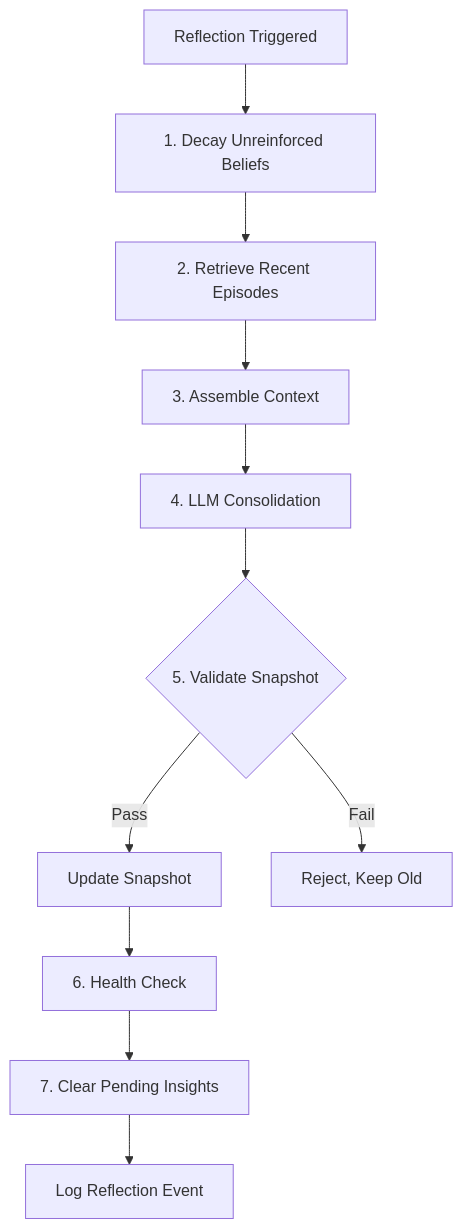
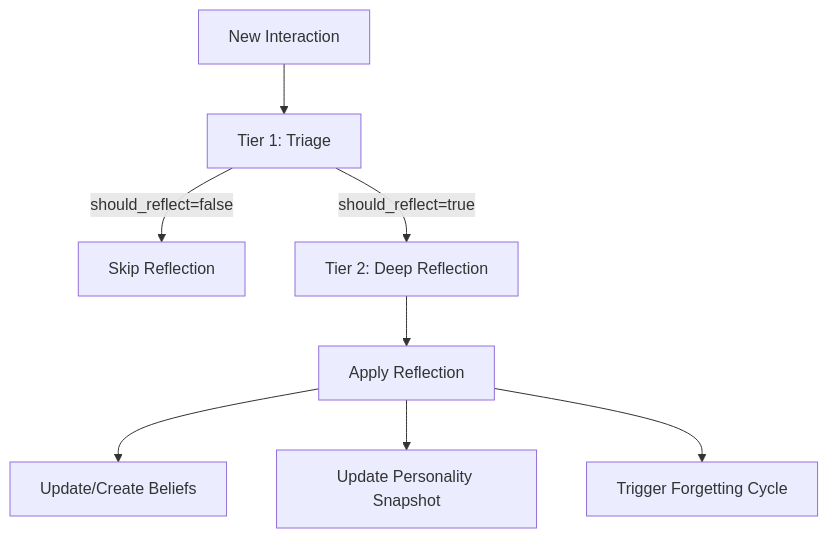
Before and after one commit to Okm165/Sonality: the first of 3 diagrams in docs/concepts/reflection.md, drawn with Mermaid. The commit also changed other lines of this file and 3 other files, not shown here.

````diff
--- a/docs/concepts/reflection.md
+++ b/docs/concepts/reflection.md
@@ -29,13 +21,11 @@
 ```mermaid
 flowchart TD
-    Trigger[Reflection Triggered] --> Decay[1. Decay Unreinforced Beliefs]
-    Decay --> Retrieve[2. Retrieve Recent Episodes]
-    Retrieve --> Prepare[3. Assemble Context]
-    Prepare --> LLM[4. LLM Consolidation]
-    LLM --> Validate{5. Validate Snapshot}
-    Validate -->|Pass| Update[Update Snapshot]
-    Validate -->|Fail| Reject[Reject, Keep Old]
-    Update --> Health[6. Health Check]
-    Health --> Clear[7. Clear Pending Insights]
-    Clear --> Log[Log Reflection Event]
+    Interaction[New Interaction] --> Triage[Tier 1: Triage]
+    Triage -->|should_reflect=false| Skip[Skip Reflection]
+    Triage -->|should_reflect=true| Deep[Tier 2: Deep Reflection]
+    
+    Deep --> Apply[Apply Reflection]
+    Apply --> UpdateBeliefs[Update/Create Beliefs]
+    Apply --> UpdateSnapshot[Update Personality Snapshot]
+    Apply --> Forgetting[Trigger Forgetting Cycle]
 ```
````
